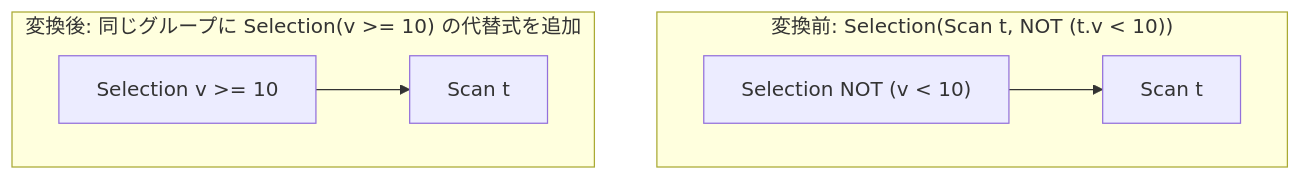
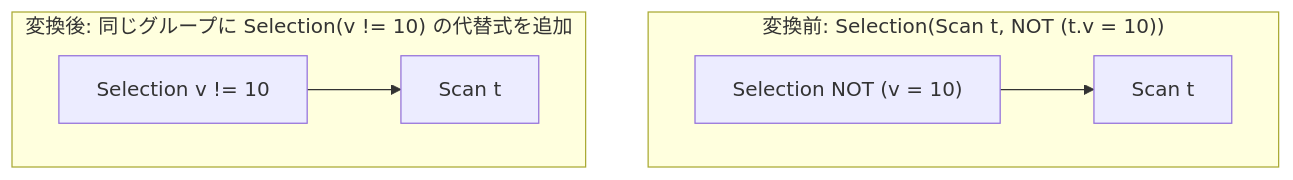
One commit to kumagi/tinylamb changed the diagram in docs/opt/part2-rules/logical/push_not_through_expression.md. Above: the diagram before and after it, drawn with Mermaid. The commit also changed other lines of this file and 677 other files, not shown here.

````diff
--- a/docs/opt/part2-rules/logical/push_not_through_expression.md
+++ b/docs/opt/part2-rules/logical/push_not_through_expression.md
@@ -16,9 +17,9 @@
 ```mermaid
 graph TD
-  subgraph before["変換前: Selection(Scan t, NOT (t.v < 10))"]
-    S1["Selection NOT (v &lt; 10)"] --> T1["Scan t"]
+  subgraph before["変換前: Selection(Scan t, NOT (t.v = 10))"]
+    S1["Selection NOT (v = 10)"] --> T1["Scan t"]
   end
-  subgraph after["変換後: 同じグループに Selection(v >= 10) の代替式を追加"]
-    S2["Selection v &gt;= 10"] --> T2["Scan t"]
+  subgraph after["変換後: 同じグループに Selection(v != 10) の代替式を追加"]
+    S2["Selection v != 10"] --> T2["Scan t"]
   end
 ```
````
